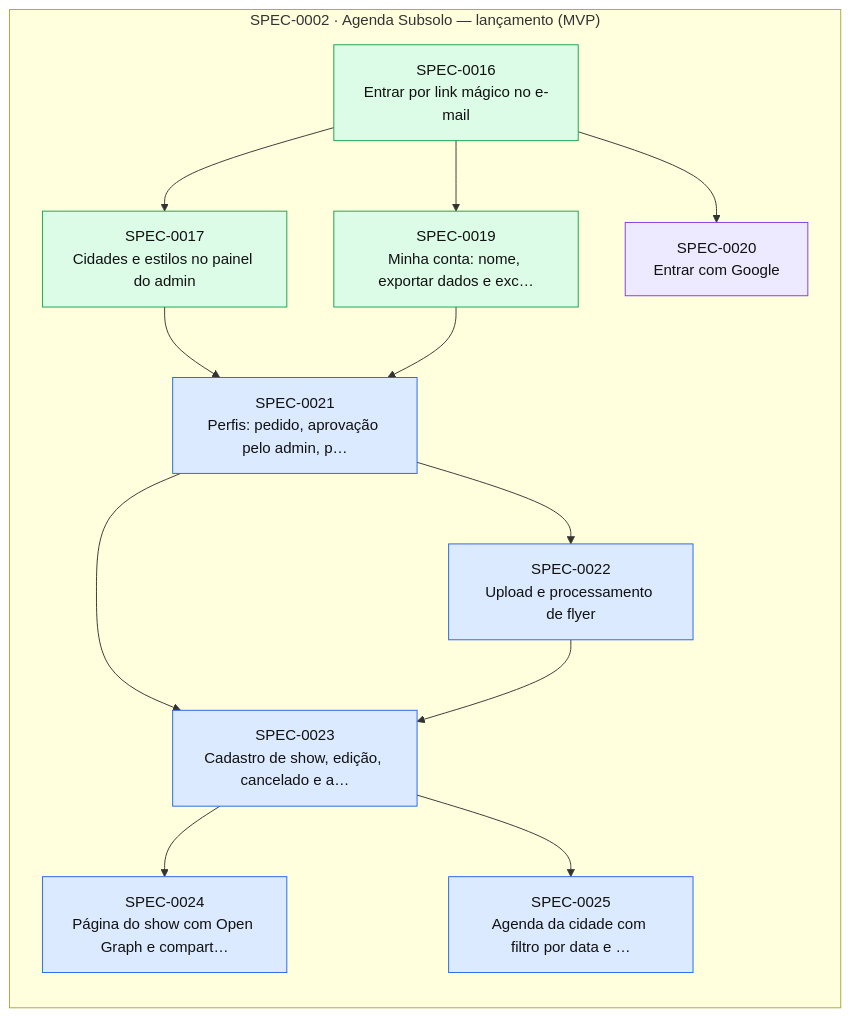
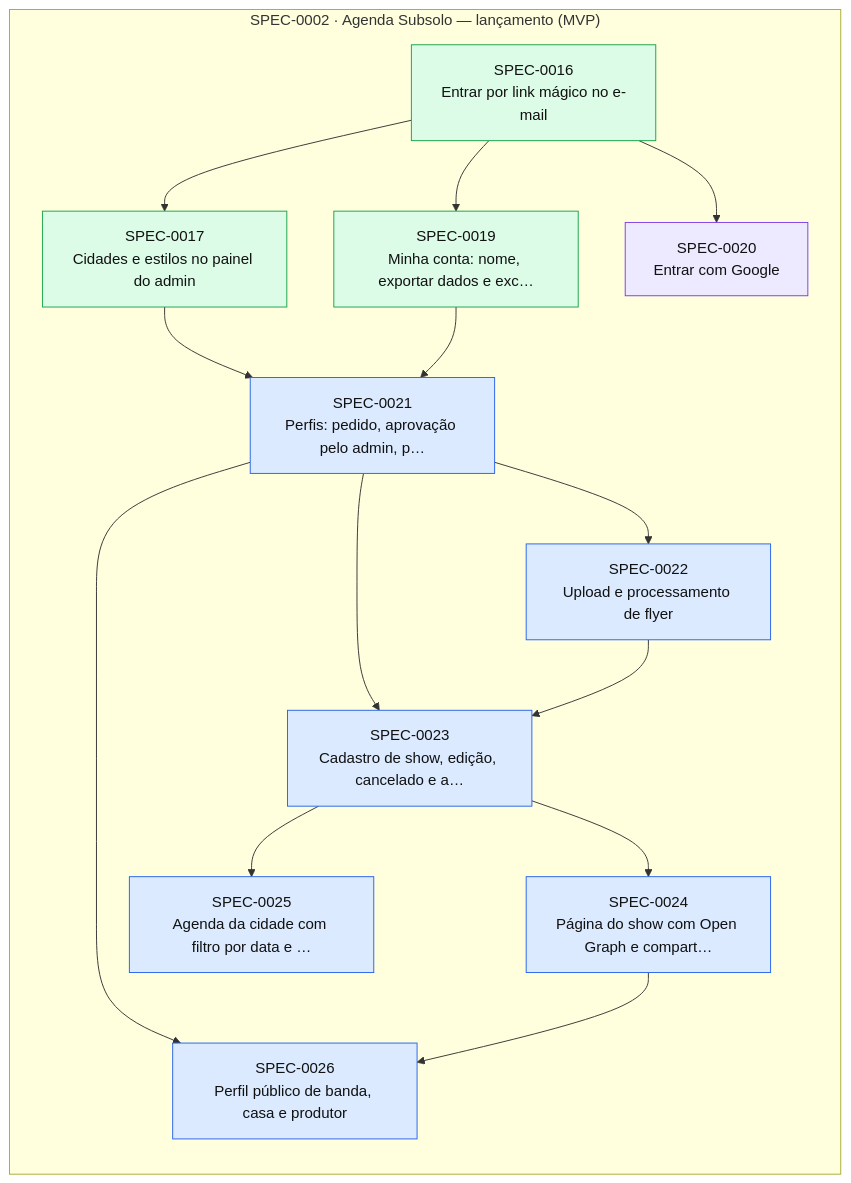
One commit to thomasravache/subsolo changed the diagram in docs/specs/INDEX.md. Above: the diagram before and after it, drawn with Mermaid. The commit also changed other lines of this file and 2 other files, not shown here.

First line of the commit message:
docs(sdd): add, approve and plan SPEC-0026 (public profile) under the standing autopilot

````diff
--- a/docs/specs/INDEX.md
+++ b/docs/specs/INDEX.md
@@ -70,29 +71,32 @@
 ```mermaid
 flowchart LR
   subgraph E0002["SPEC-0002 · Agenda Subsolo — lançamento (MVP)"]
     S0016["SPEC-0016<br/>Entrar por link mágico no e-mail"]:::implemented
     S0017["SPEC-0017<br/>Cidades e estilos no painel do admin"]:::implemented
     S0019["SPEC-0019<br/>Minha conta: nome, exportar dados e exc…"]:::implemented
     S0020["SPEC-0020<br/>Entrar com Google"]:::inprogress
     S0021["SPEC-0021<br/>Perfis: pedido, aprovação pelo admin, p…"]:::approved
     S0022["SPEC-0022<br/>Upload e processamento de flyer"]:::approved
     S0023["SPEC-0023<br/>Cadastro de show, edição, cancelado e a…"]:::approved
     S0024["SPEC-0024<br/>Página do show com Open Graph e compart…"]:::approved
     S0025["SPEC-0025<br/>Agenda da cidade com filtro por data e …"]:::approved
+    S0026["SPEC-0026<br/>Perfil público de banda, casa e produtor"]:::approved
   end
   S0016 --> S0017
   S0016 --> S0019
   S0016 --> S0020
   S0017 --> S0021
   S0019 --> S0021
   S0021 --> S0022
   S0021 --> S0023
   S0022 --> S0023
   S0023 --> S0024
   S0023 --> S0025
+  S0021 --> S0026
+  S0024 --> S0026
   classDef proposed fill:#fef3c7,stroke:#d97706,color:#111
   classDef approved fill:#dbeafe,stroke:#2563eb,color:#111
   classDef inprogress fill:#ede9fe,stroke:#7c3aed,color:#111
   classDef implemented fill:#dcfce7,stroke:#16a34a,color:#111
   classDef deprecated fill:#f3f4f6,stroke:#9ca3af,color:#6b7280
 ```
````
